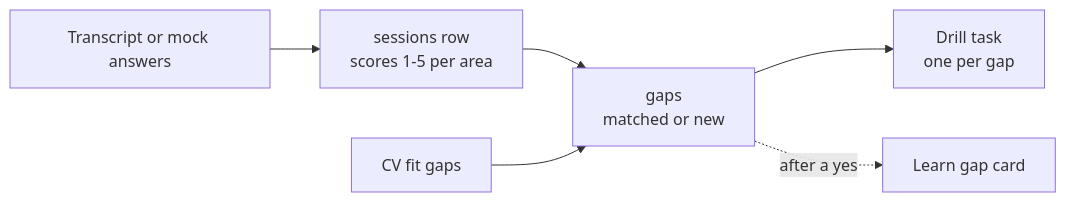
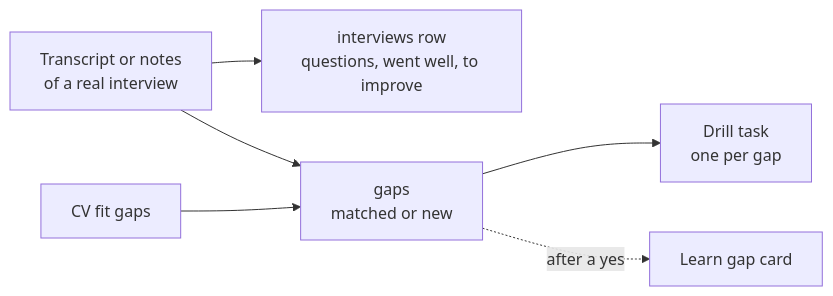
The diagram in docs/reference/practice.md (Pavlana/hirey), drawn with Mermaid before and after one commit. The commit also changed other lines of this file and 42 other files, not shown here.

````diff
--- a/docs/reference/practice.md
+++ b/docs/reference/practice.md
@@ -16,8 +15,8 @@
 ```mermaid
 flowchart LR
-  T["Transcript or mock answers"] --> S["sessions row<br/>scores 1-5 per area"]
-  S --> G["gaps<br/>matched or new"]
+  T["Transcript or notes<br/>of a real interview"] --> I["interviews row<br/>questions, went well, to improve"]
+  T --> G["gaps<br/>matched or new"]
+  F["CV fit gaps"] --> G
   G --> D["Drill task<br/>one per gap"]
   G -. "after a yes" .-> C["Learn gap card"]
-  F["CV fit gaps"] --> G
 ```
````
